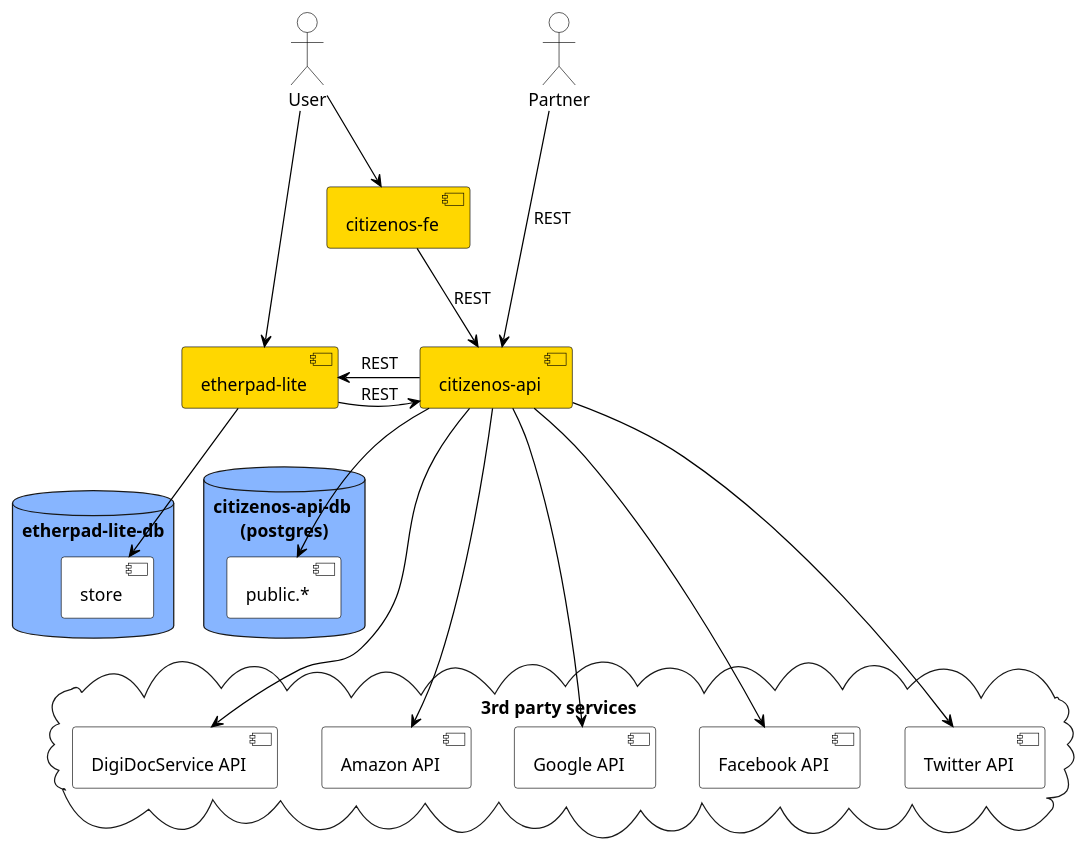
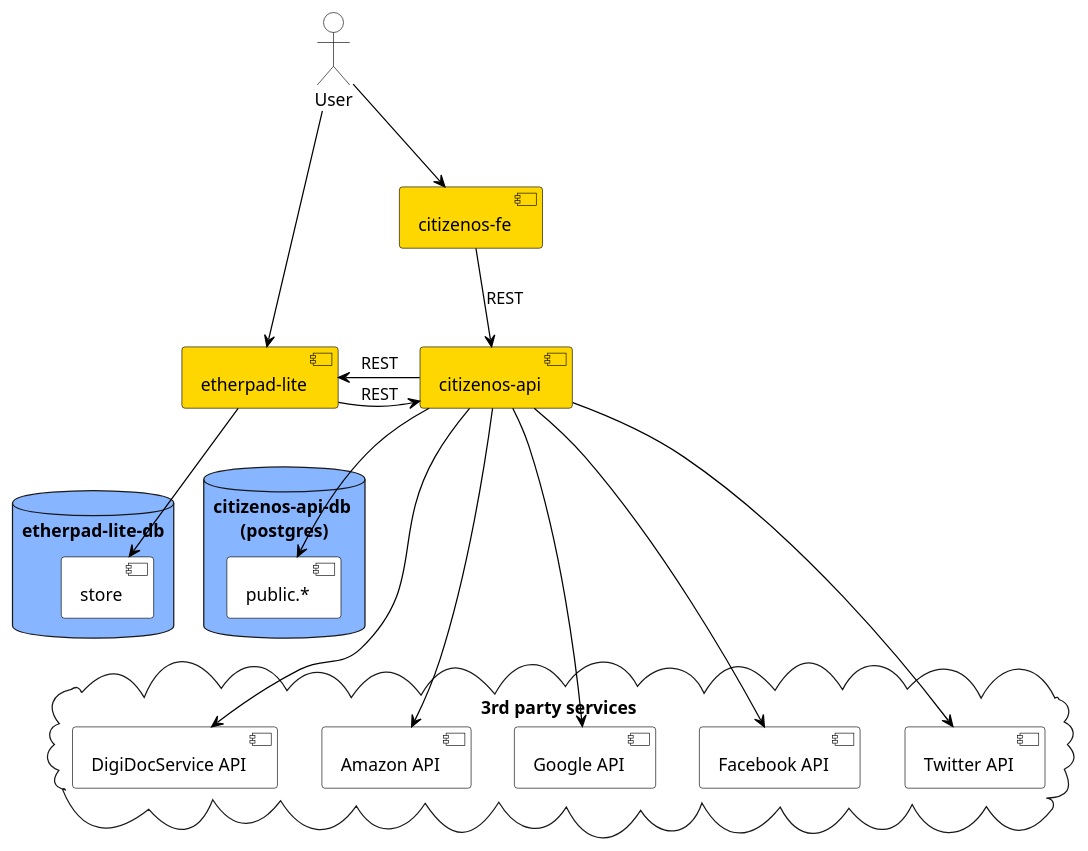
The diagram in back-end/docs/src/schematics/components.puml (EgidioRomano/Piazza3.0), drawn with PlantUML before and after one commit. The commit also changed 56 other files, not shown here.

```diff
--- a/back-end/docs/src/schematics/components.puml
+++ b/back-end/docs/src/schematics/components.puml
@@ -1,51 +1,49 @@
 @startuml
 scale max 1024 width
 
 skinparam component {
   BorderColor black
   BackgroundColor gold
   ArrowColor black
 }
 
 skinparam actor {
   BorderColor black
   BackgroundColor white
 }
 
 skinparam database {
   BackgroundColor 87B5FF
 }
 
 actor User
-actor Partner
 
 database "citizenos-api-db \n(postgres)" {
    ["public.*"] #white
 }
 
 database "etherpad-lite-db" {
    ["store"] #white
 }
 
 cloud "3rd party services" {
    ["DigiDocService API"] #white
    ["Amazon API"] #white
    ["Google API"] #white
    ["Facebook API"] #white
    ["Twitter API"] #white
 }
 
 User-down->[citizenos-fe]
 User-down->[etherpad-lite]
-Partner-down-->[citizenos-api]: REST
 [citizenos-fe]-down->[citizenos-api]: REST
 [citizenos-api]-left->[etherpad-lite]: REST
 [citizenos-api]-down->["public.*"]
 [citizenos-api]--->["DigiDocService API"]
 [citizenos-api]--->["Twitter API"]
 [citizenos-api]--->["Facebook API"]
 [citizenos-api]--->["Amazon API"]
 [citizenos-api]--->["Google API"]
 [etherpad-lite]-right->[citizenos-api]: REST
 [etherpad-lite]-down->["store"]
 @enduml
```
